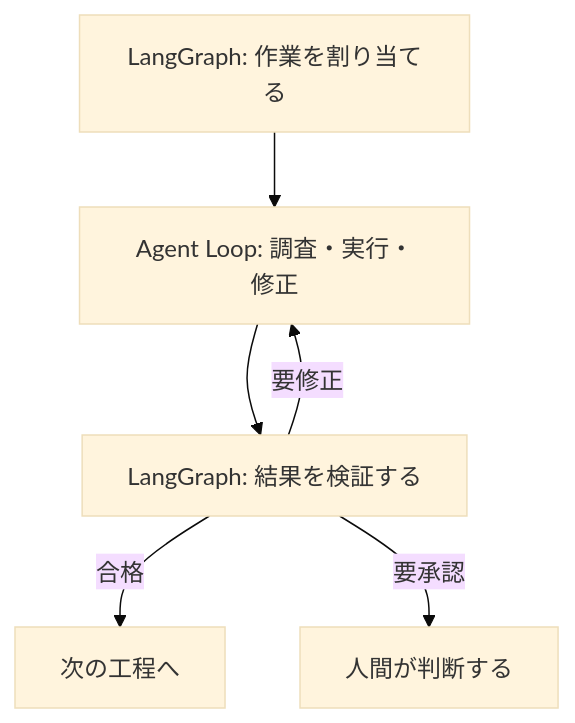
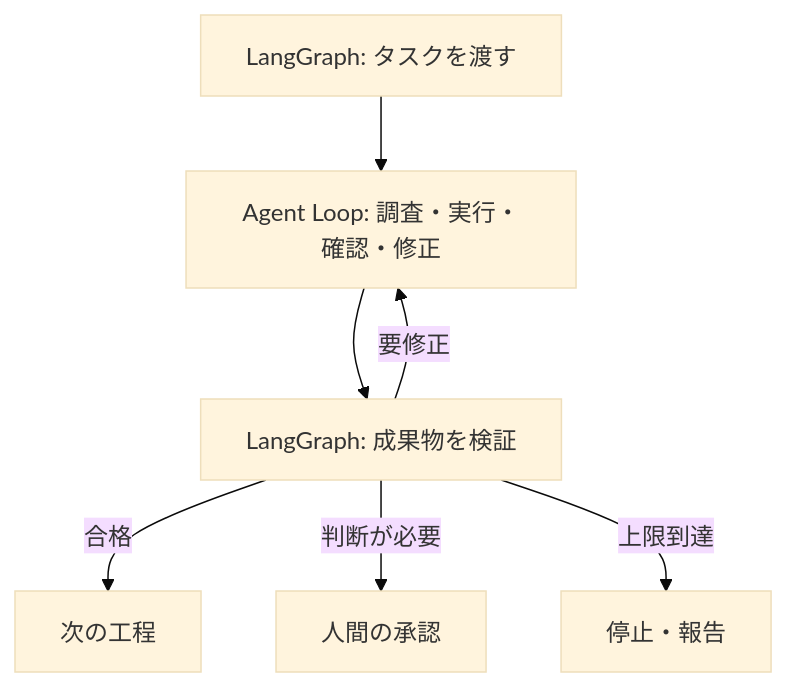
One commit to Umemura0212/zenn-content changed the diagram in articles/graph-agent-orchestration.md. Above: the diagram before and after it, drawn with Mermaid (base theme). The commit also changed other lines of this file, not shown here.

Commit message:
docs: deepen LangGraph article with primary-source framing and concrete tradeoffs

````diff
--- a/articles/graph-agent-orchestration.md
+++ b/articles/graph-agent-orchestration.md
@@ -15,8 +17,9 @@
 ```mermaid
 flowchart TD
-    A[LangGraph: 作業を割り当てる] --> B[Agent Loop: 調査・実行・修正]
-    B --> C[LangGraph: 結果を検証する]
-    C -->|合格| D[次の工程へ]
+    A[LangGraph: タスクを渡す] --> B[Agent Loop: 調査・実行・確認・修正]
+    B --> C[LangGraph: 成果物を検証]
+    C -->|合格| D[次の工程]
     C -->|要修正| B
-    C -->|要承認| E[人間が判断する]
+    C -->|判断が必要| E[人間の承認]
+    C -->|上限到達| F[停止・報告]
 ```
````
